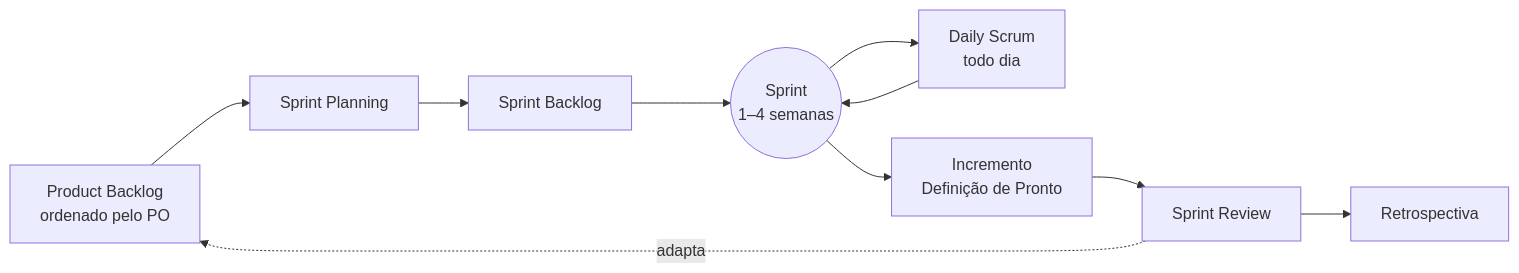
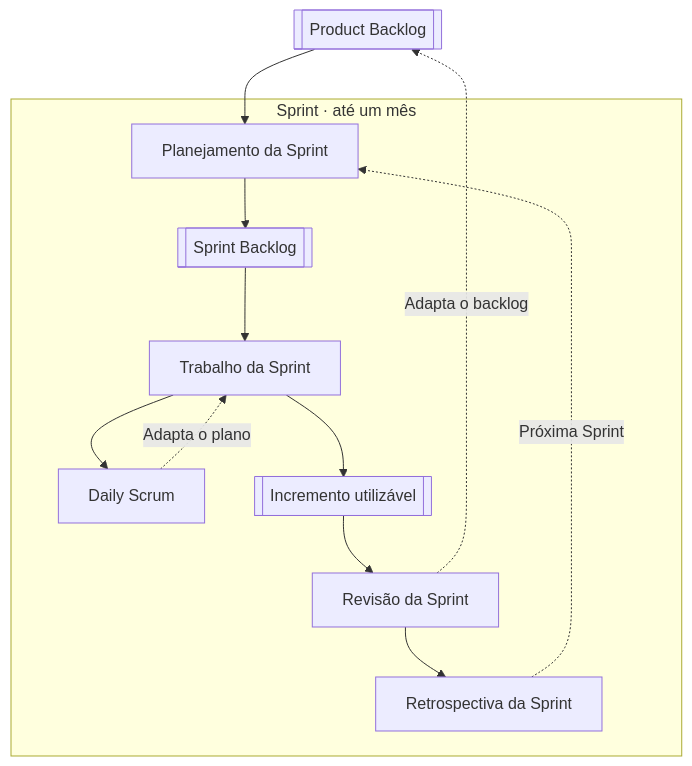
The first of 2 diagrams in content/enade/engenharia-de-software/metodos-ageis.md (pedrotescaro/Stacklyst), drawn with Mermaid before and after one commit. The commit also changed other lines of this file and 84 other files, not shown here.

Commit message:
feat(enade): redraw study library diagrams

````diff
--- a/content/enade/engenharia-de-software/metodos-ageis.md
+++ b/content/enade/engenharia-de-software/metodos-ageis.md
@@ -106,11 +106,15 @@
-```mermaid Ciclo do Scrum
-flowchart LR
-  PB[Product Backlog<br/>ordenado pelo PO] --> SP[Sprint Planning]
-  SP --> SB[Sprint Backlog]
-  SB --> S((Sprint<br/>1–4 semanas))
-  S --> D[Daily Scrum<br/>todo dia] --> S
-  S --> I[Incremento<br/>Definição de Pronto]
-  I --> R[Sprint Review]
-  R --> RE[Retrospectiva]
-  R -.adapta.-> PB
+```mermaid Eventos e artefatos do Scrum
+flowchart TD
+  PB[["Product Backlog"]] --> P
+  subgraph sprint["Sprint · até um mês"]
+    P["Planejamento da Sprint"] --> SB[["Sprint Backlog"]]
+    SB --> T["Trabalho da Sprint"]
+    T --> D["Daily Scrum"]
+    D -. "Adapta o plano" .-> T
+    T --> I[["Incremento utilizável"]]
+    I --> R["Revisão da Sprint"]
+    R --> RE["Retrospectiva da Sprint"]
+  end
+  R -. "Adapta o backlog" .-> PB
+  RE -. "Próxima Sprint" .-> P
 ```
````
